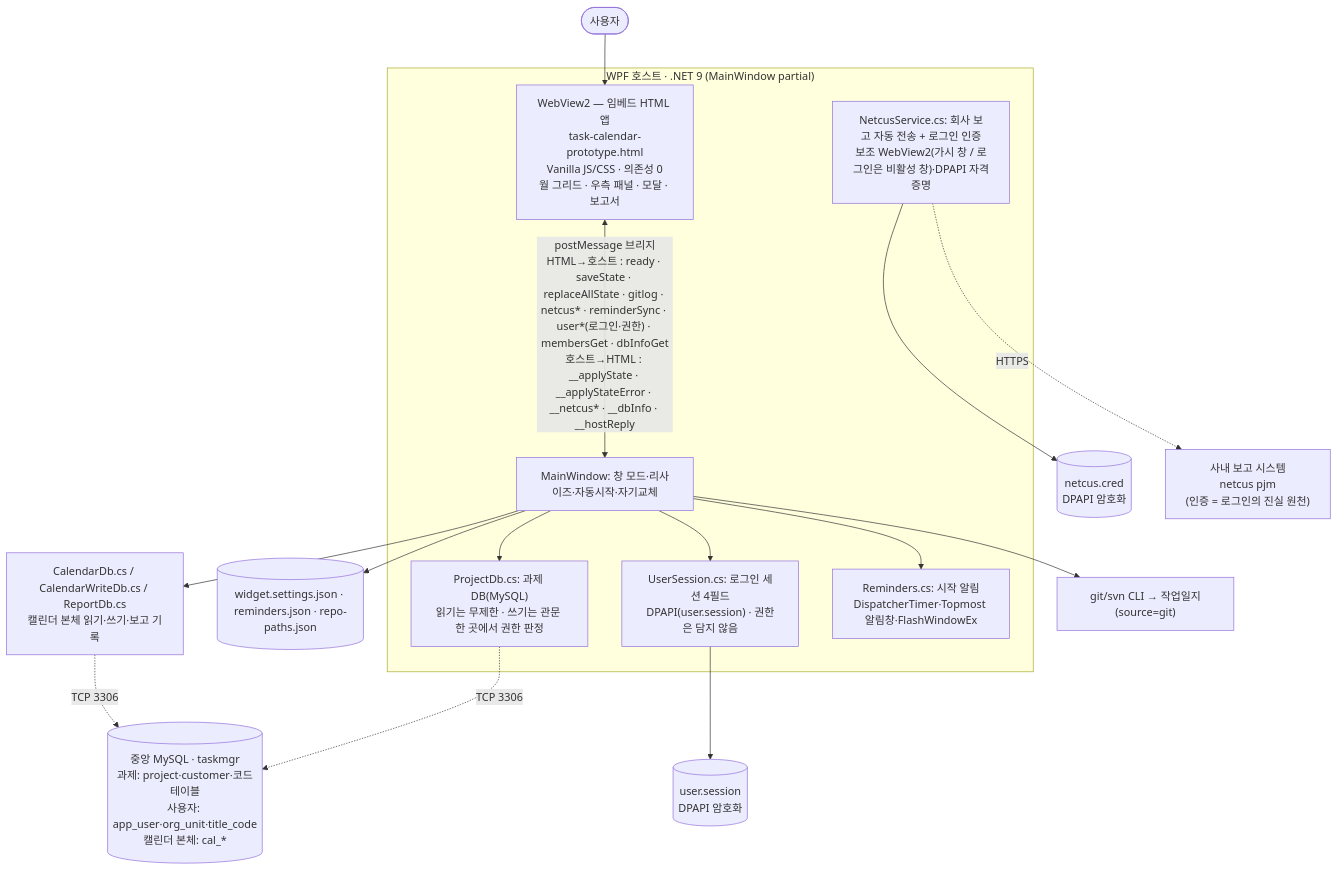
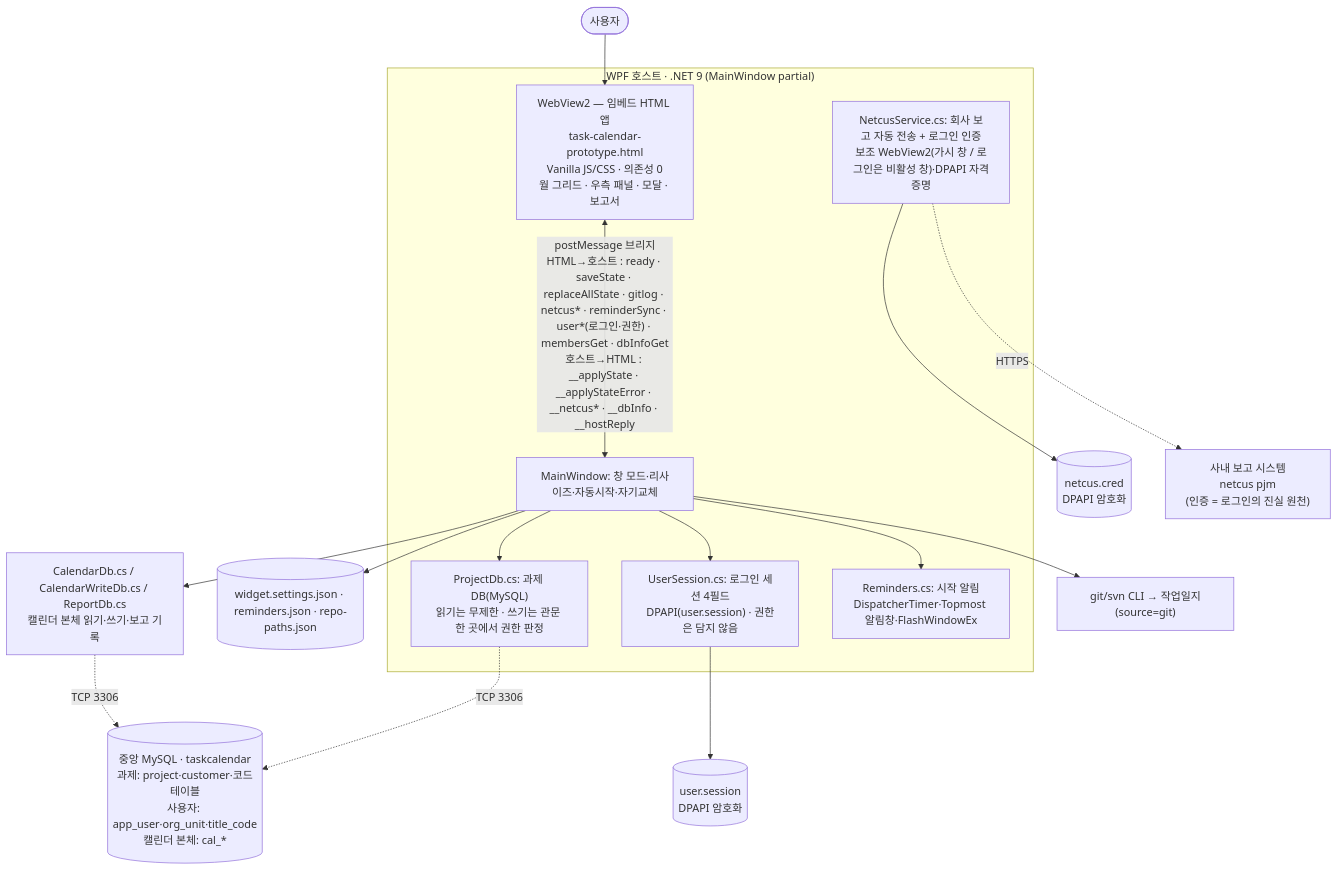
Before and after one commit to Peace-Min/task-calendar: the diagram in README.md, drawn with Mermaid. The commit also changed other lines of this file and 9 other files, not shown here.

````diff
--- a/README.md
+++ b/README.md
@@ -167,25 +167,25 @@
 ```mermaid
 flowchart TB
   user(["사용자"])
   subgraph host["WPF 호스트 · .NET 9 (MainWindow partial)"]
     app["WebView2 — 임베드 HTML 앱<br/>task-calendar-prototype.html<br/>Vanilla JS/CSS · 의존성 0<br/>월 그리드 · 우측 패널 · 모달 · 보고서"]
     hostfn["MainWindow: 창 모드·리사이즈·자동시작·자기교체"]
     netcus["NetcusService.cs: 회사 보고 자동 전송 + 로그인 인증<br/>보조 WebView2(가시 창 / 로그인은 비활성 창)·DPAPI 자격증명"]
     rem["Reminders.cs: 시작 알림<br/>DispatcherTimer·Topmost 알림창·FlashWindowEx"]
     db["ProjectDb.cs: 과제 DB(MySQL)<br/>읽기는 무제한 · 쓰기는 관문 한 곳에서 권한 판정"]
     sess["UserSession.cs: 로그인 세션 4필드<br/>DPAPI(user.session) · 권한은 담지 않음"]
   end
   user --> app
   app <-->|"postMessage 브리지<br/>HTML→호스트 : ready · saveState · replaceAllState · gitlog · netcus* · reminderSync · user*(로그인·권한) · membersGet · dbInfoGet<br/>호스트→HTML : __applyState · __applyStateError · __netcus* · __dbInfo · __hostReply"| hostfn
   hostfn --> caldb["CalendarDb.cs / CalendarWriteDb.cs / ReportDb.cs<br/>캘린더 본체 읽기·쓰기·보고 기록"]
   hostfn --> cfg[("widget.settings.json · reminders.json · repo-paths.json")]
   netcus --> cred[("netcus.cred<br/>DPAPI 암호화")]
   netcus -.HTTPS.-> pjm["사내 보고 시스템<br/>netcus pjm<br/>(인증 = 로그인의 진실 원천)"]
   sess --> ses[("user.session<br/>DPAPI 암호화")]
   hostfn --> db
   hostfn --> sess
   hostfn --> rem
-  db -.TCP 3306.-> mysql[("중앙 MySQL · taskmgr<br/>과제: project·customer·코드테이블<br/>사용자: app_user·org_unit·title_code<br/>캘린더 본체: cal_*")]
+  db -.TCP 3306.-> mysql[("중앙 MySQL · taskcalendar<br/>과제: project·customer·코드테이블<br/>사용자: app_user·org_unit·title_code<br/>캘린더 본체: cal_*")]
   caldb -.TCP 3306.-> mysql
   hostfn --> git["git/svn CLI → 작업일지(source=git)"]
 ```
````
